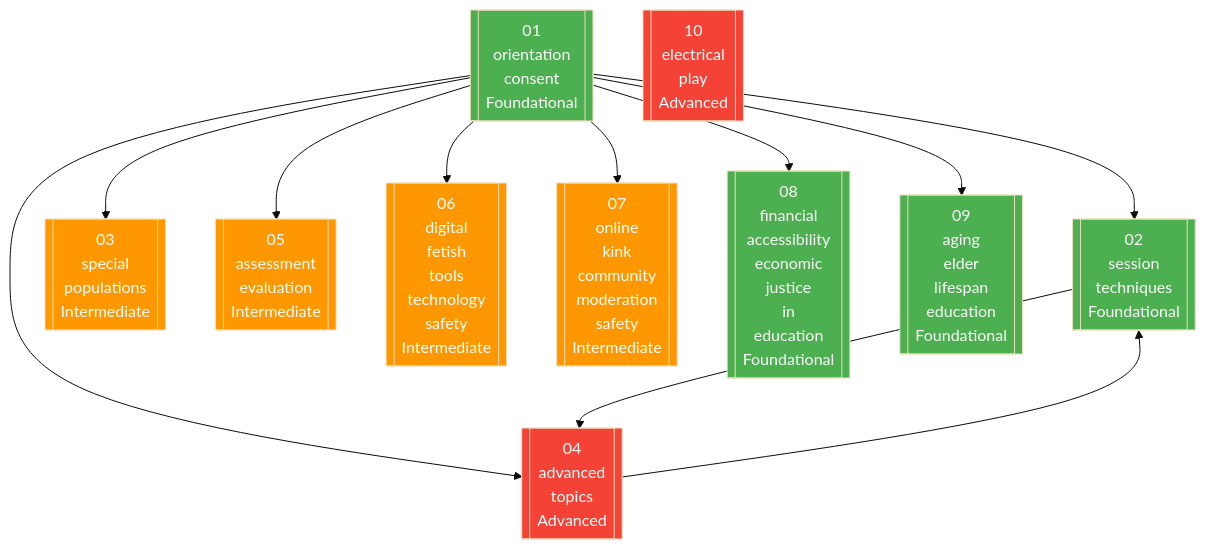
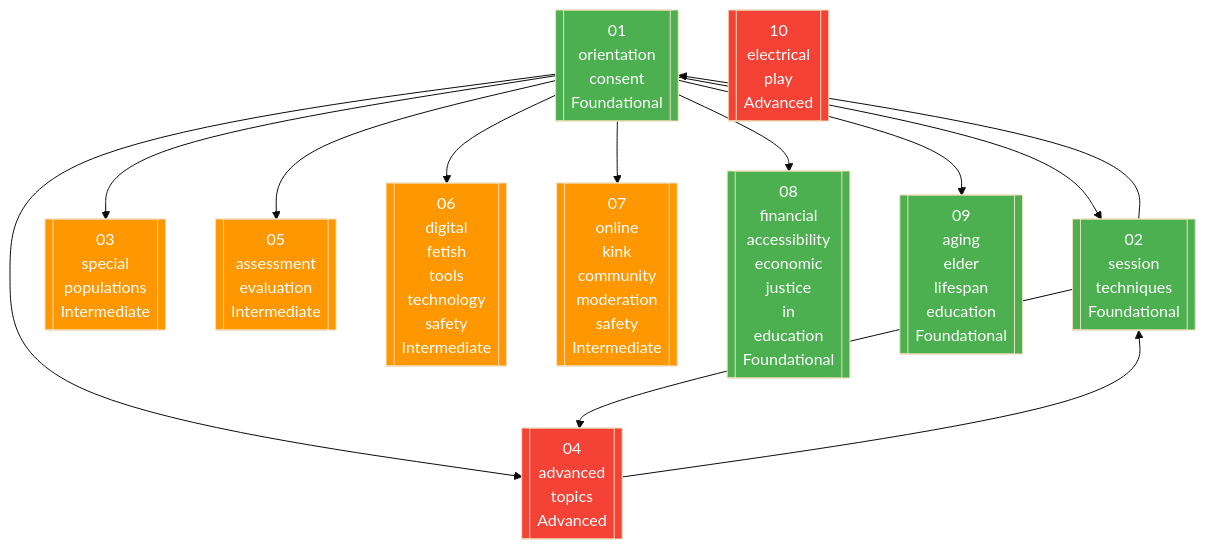
One commit to cookeville-munch/vault-handbook changed the diagram in docs/dependencies/generated_dependency_graph.md. Above: the diagram before and after it, drawn with Mermaid (base theme). The commit also changed 18 other files, not shown here.

````diff
--- a/docs/dependencies/generated_dependency_graph.md
+++ b/docs/dependencies/generated_dependency_graph.md
@@ -3,34 +3,35 @@
 ```mermaid
 flowchart TD
     01-orientation-consent[["01\norientation\nconsent\nFoundational"]]
     style 01-orientation-consent fill:#4CAF50,color:white
     02-session-techniques[["02\nsession\ntechniques\nFoundational"]]
     style 02-session-techniques fill:#4CAF50,color:white
     03-special-populations[["03\nspecial\npopulations\nIntermediate"]]
     style 03-special-populations fill:#FF9800,color:white
     04-advanced-topics[["04\nadvanced\ntopics\nAdvanced"]]
     style 04-advanced-topics fill:#F44336,color:white
     05-assessment-evaluation[["05\nassessment\nevaluation\nIntermediate"]]
     style 05-assessment-evaluation fill:#FF9800,color:white
     06-digital-fetish-tools-technology-safety[["06\ndigital\nfetish\ntools\ntechnology\nsafety\nIntermediate"]]
     style 06-digital-fetish-tools-technology-safety fill:#FF9800,color:white
     07-online-kink-community-moderation-safety[["07\nonline\nkink\ncommunity\nmoderation\nsafety\nIntermediate"]]
     style 07-online-kink-community-moderation-safety fill:#FF9800,color:white
     08-financial-accessibility-economic-justice-in-education[["08\nfinancial\naccessibility\neconomic\njustice\nin\neducation\nFoundational"]]
     style 08-financial-accessibility-economic-justice-in-education fill:#4CAF50,color:white
     09-aging-elder-lifespan-education[["09\naging\nelder\nlifespan\neducation\nFoundational"]]
     style 09-aging-elder-lifespan-education fill:#4CAF50,color:white
     10-electrical-play[["10\nelectrical\nplay\nAdvanced"]]
     style 10-electrical-play fill:#F44336,color:white
 
+    02-session-techniques --> 01-orientation-consent
     01-orientation-consent --> 02-session-techniques
     04-advanced-topics --> 02-session-techniques
     01-orientation-consent --> 03-special-populations
     01-orientation-consent --> 04-advanced-topics
     02-session-techniques --> 04-advanced-topics
     01-orientation-consent --> 05-assessment-evaluation
     01-orientation-consent --> 06-digital-fetish-tools-technology-safety
     01-orientation-consent --> 07-online-kink-community-moderation-safety
     01-orientation-consent --> 08-financial-accessibility-economic-justice-in-education
     01-orientation-consent --> 09-aging-elder-lifespan-education
 ```
````
